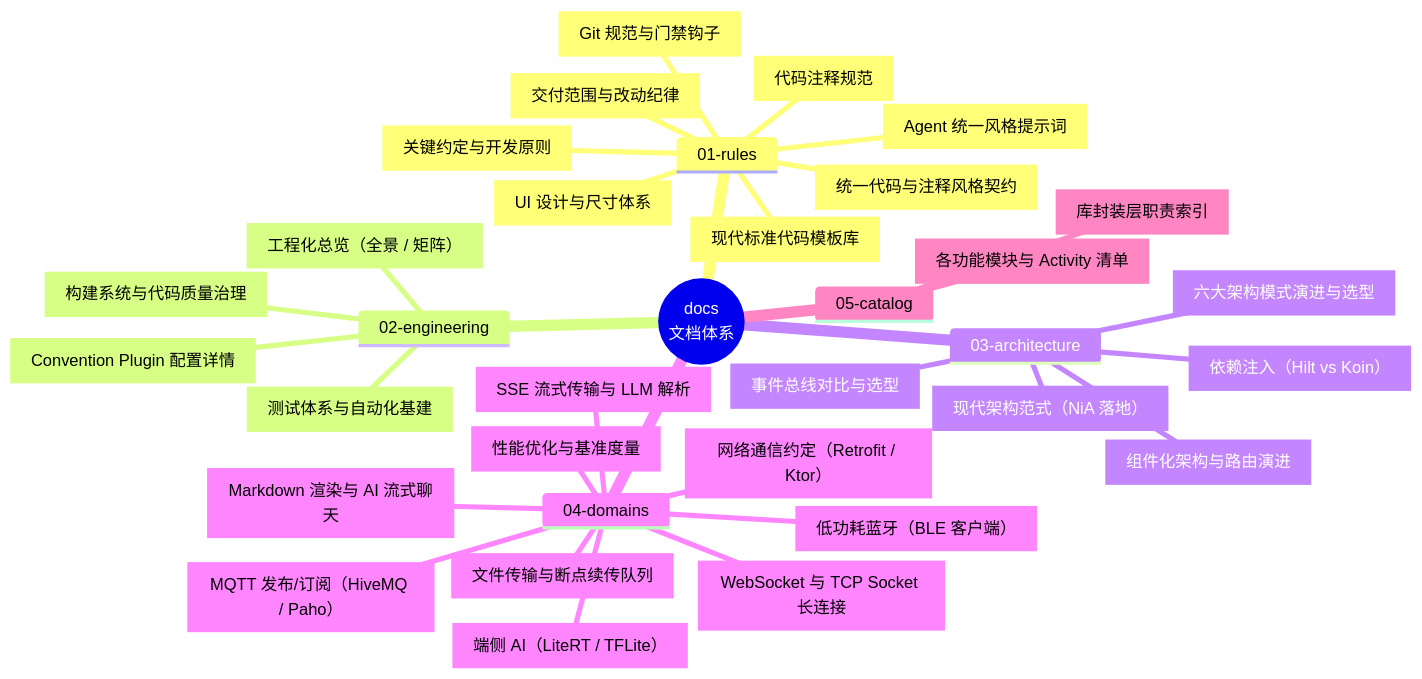
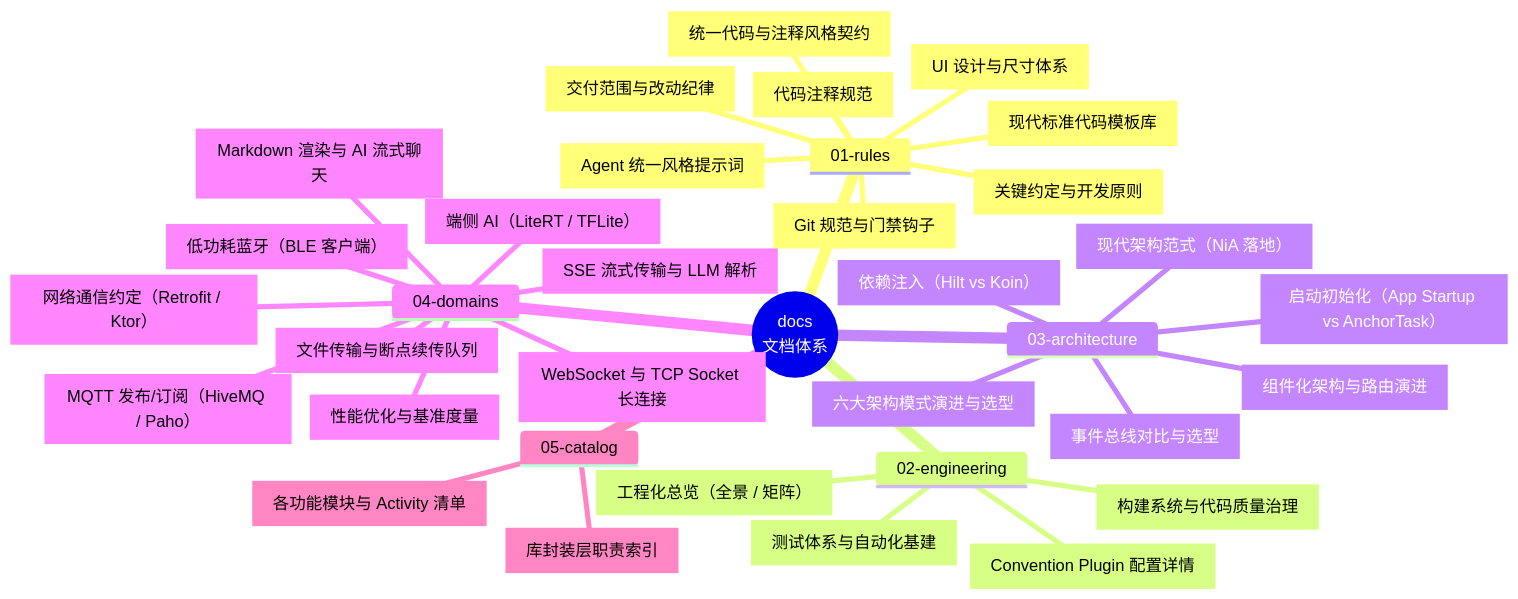
Before and after one commit to wuwei94/MyApplication: the diagram in docs/README.md, drawn with Mermaid. The commit also changed other lines of this file and 8 other files, not shown here.

Commit message:
feat(module_performance): 新增 AnchorTask DAG 并发调度演示与启动初始化方案对比文档

````diff
--- a/docs/README.md
+++ b/docs/README.md
@@ -25,37 +25,38 @@
 ```mermaid
 mindmap
   root((docs<br/>文档体系))
     01-rules
       STYLE.md["统一代码与注释风格契约"]
       conventions.md["关键约定与开发原则"]
       scope.md["交付范围与改动纪律"]
       comments.md["代码注释规范"]
       templates.md["现代标准代码模板库"]
       agent-style-prompt.md["Agent 统一风格提示词"]
       design.md["UI 设计与尺寸体系"]
       git.md["Git 规范与门禁钩子"]
     02-engineering
       engineering.md["工程化总览（全景 / 矩阵）"]
       engineering-build.md["构建系统与代码质量治理"]
       build-logic.md["Convention Plugin 配置详情"]
       testing.md["测试体系与自动化基建"]
     03-architecture
       architecture.md["六大架构模式演进与选型"]
       modularization.md["组件化架构与路由演进"]
       engineering-patterns.md["现代架构范式（NiA 落地）"]
       di.md["依赖注入（Hilt vs Koin）"]
       event.md["事件总线对比与选型"]
+      startup.md["启动初始化（App Startup vs AnchorTask）"]
     04-domains
       network.md["网络通信约定（Retrofit / Ktor）"]
       transfer.md["文件传输与断点续传队列"]
       socket.md["WebSocket 与 TCP Socket 长连接"]
       sse.md["SSE 流式传输与 LLM 解析"]
       mqtt.md["MQTT 发布/订阅（HiveMQ / Paho）"]
       bluetooth.md["低功耗蓝牙（BLE 客户端）"]
       markdown.md["Markdown 渲染与 AI 流式聊天"]
       ml.md["端侧 AI（LiteRT / TFLite）"]
       performance.md["性能优化与基准度量"]
     05-catalog
       modules.md["各功能模块与 Activity 清单"]
       libs.md["库封装层职责索引"]
 ```
````
